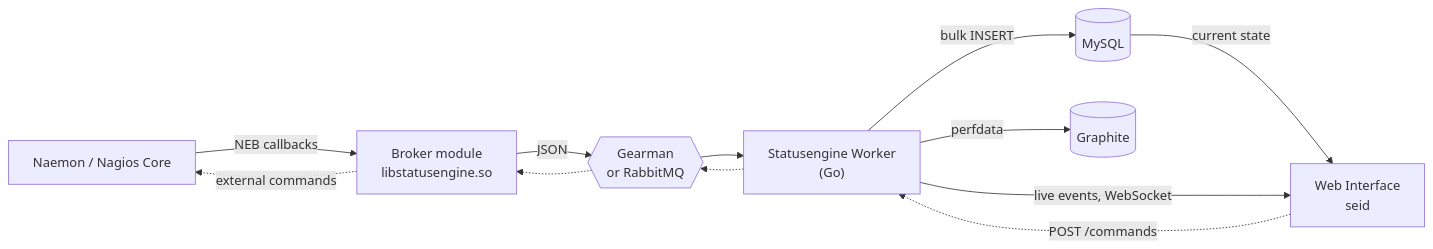
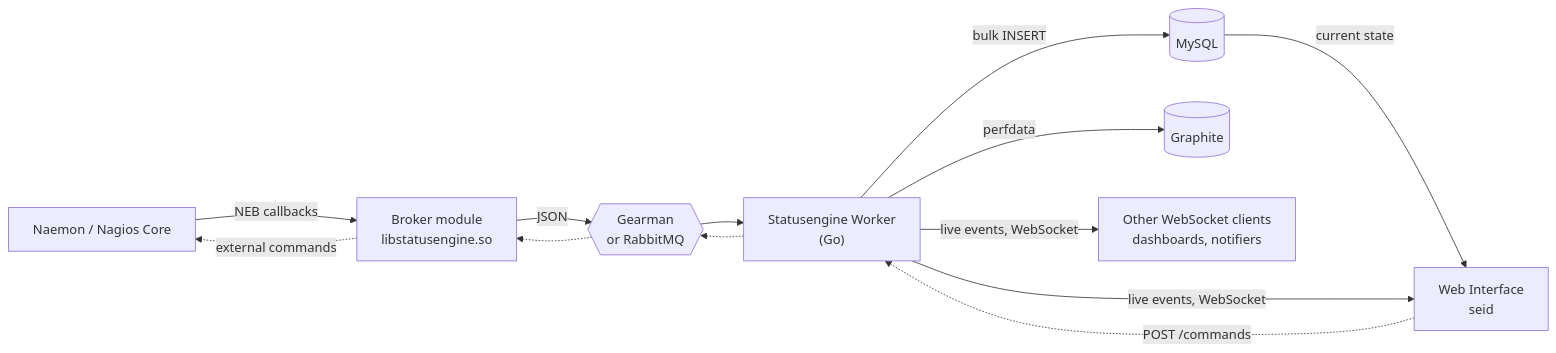
The diagram in content/_index.md (statusengine/docs), drawn with Mermaid before and after one commit. The commit also changed other lines of this file, not shown here.

First line of the commit message:
Keep a generic WebSocket client in the chart beside the interface

````diff
--- a/content/_index.md
+++ b/content/_index.md
@@ -41,14 +41,15 @@
 ```mermaid
 flowchart LR
   core["Naemon / Nagios Core"] -->|NEB callbacks| broker["Broker module<br/>libstatusengine.so"]
   broker -->|JSON| queue{{"Gearman<br/>or RabbitMQ"}}
   queue --> worker["Statusengine Worker<br/>(Go)"]
   worker -->|bulk INSERT| mysql[("MySQL")]
   worker -->|perfdata| graphite[("Graphite")]
   mysql -->|current state| ui["Web Interface<br/>seid"]
   worker -->|live events, WebSocket| ui
+  worker -->|live events, WebSocket| clients["Other WebSocket clients<br/>dashboards, notifiers"]
   ui -.->|POST /commands| worker
   worker -.-> queue
   queue -.-> broker
   broker -.->|external commands| core
 ```
````
